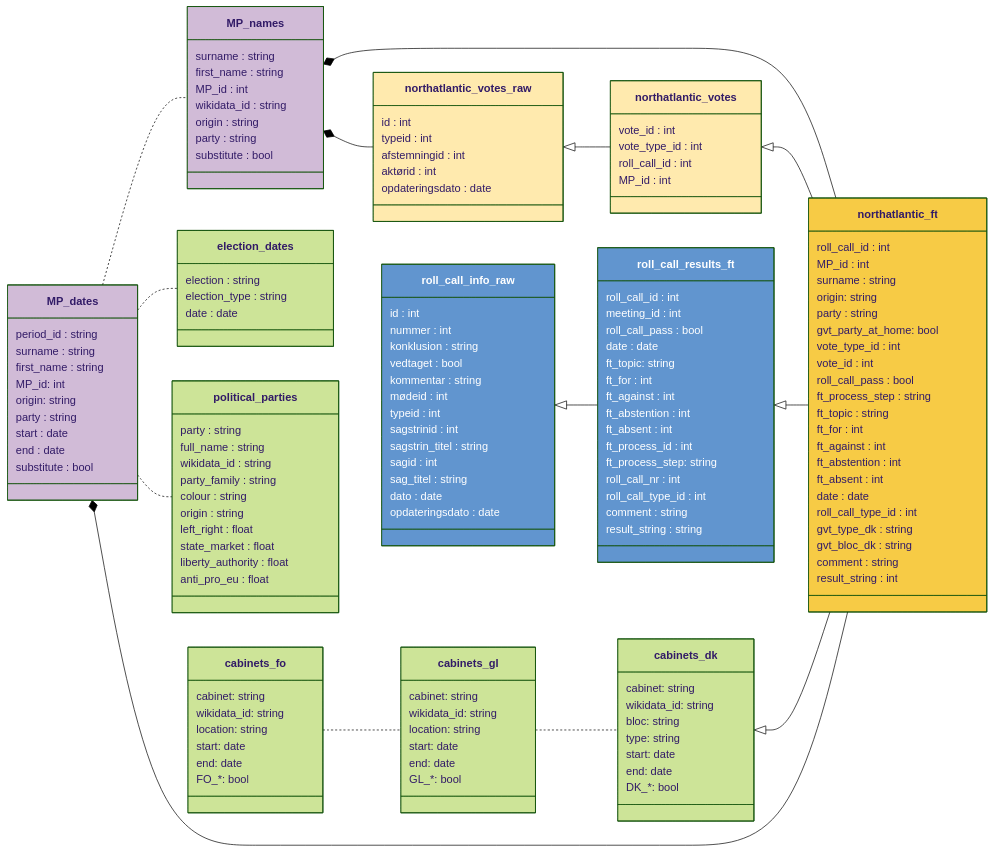
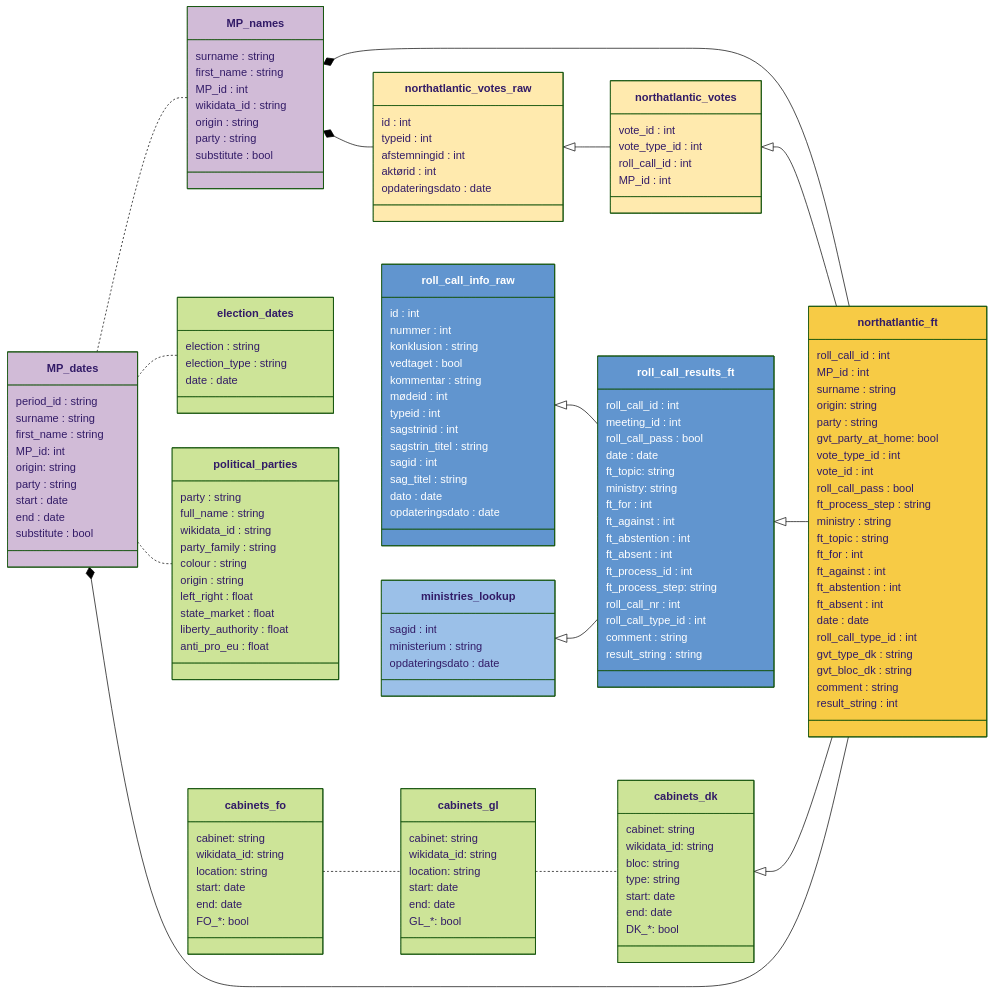
Before and after one commit to mtwente/nordatlantisk-ft: the diagram in docs/codebook.qmd, drawn with Mermaid (forest theme). The commit also changed other lines of this file, not shown here.

Commit message:
docs: add ministry variable(s) to codebook

```diff
--- a/docs/codebook.qmd
+++ b/docs/codebook.qmd
@@ -118,6 +119,9 @@
 
     roll_call_info_raw <|-- roll_call_results_ft
 
+    roll_call_info_raw ~~ ministries_lookup
+    ministries_lookup <|-- roll_call_results_ft
+
     cabinets_fo .. cabinets_gl
     cabinets_gl .. cabinets_dk
     cabinets_dk <|-- northatlantic_ft
@@ -135,6 +139,7 @@
         vote_id : int
         roll_call_pass : bool
         ft_process_step : string
+        ministry : string
         ft_topic : string
         ft_for : int
         ft_against : int
@@ -189,6 +194,7 @@
         roll_call_pass : bool
         date : date
         ft_topic: string
+        ministry: string
         ft_for : int
         ft_against : int
         ft_abstention : int
@@ -215,6 +221,12 @@
         sag_titel : string
         dato : date
         opdateringsdato : date
+    }
+
+    class ministries_lookup {
+      sagid : int
+      ministerium : string
+      opdateringsdato : date
     }
 
     class northatlantic_votes_raw {
@@ -268,6 +280,7 @@
 
 style roll_call_info_raw fill:#6195CF,color:#FFFFFF
 style roll_call_results_ft fill:#6195CF,color:#FFFFFF
+style ministries_lookup fill:#9bc0e8
 
 style northatlantic_ft fill:#F7CB45
 
@@ -283,6 +296,7 @@
 click MP_names href "#MP_names" "tooltip"
 click northatlantic_votes_raw href "#northatlantic_votes_raw" "tooltip"
 click northatlantic_votes href "#northatlantic_votes" "tooltip"
+click ministries_lookup href "#ministries_lookup" "tooltip"
 click roll_call_info_raw href "#roll_call_info_raw" "tooltip"
 click roll_call_results_ft href "#roll_call_results_ft" "tooltip"
 click cabinets_fo href "#cabinets_fo" "tooltip"
```
